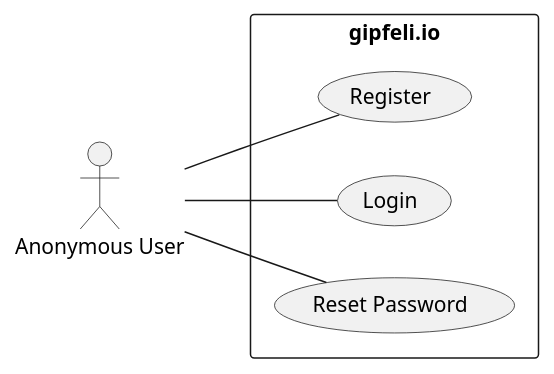
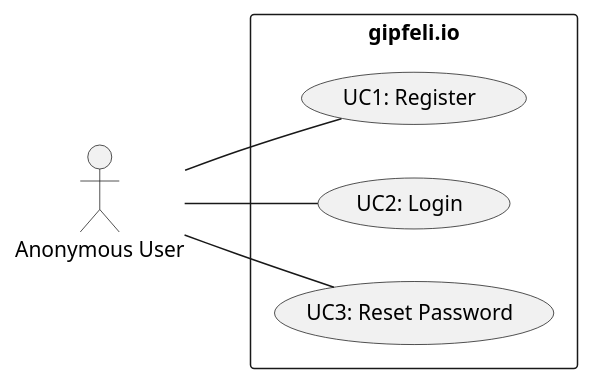
The first of 2 diagrams in docs/design/use-cases.md (gipfeli-io/documentation), drawn with PlantUML before and after one commit. The commit also changed other lines of this file, not shown here.

````diff
--- a/docs/design/use-cases.md
+++ b/docs/design/use-cases.md
@@ -7,14 +9,14 @@
 ```plantuml User sign up
 @startuml
 left to right direction
 actor "Anonymous User" as au
 rectangle gipfeli.io {
-  usecase "Register" as UC1
-  usecase "Login" as UC2
-  usecase "Reset Password" as UC3
+  usecase "UC1: Register" as UC1
+  usecase "UC2: Login" as UC2
+  usecase "UC3: Reset Password" as UC3
 }
 au -- UC1
 au -- UC2
 au -- UC3
 @enduml
 ```
````
